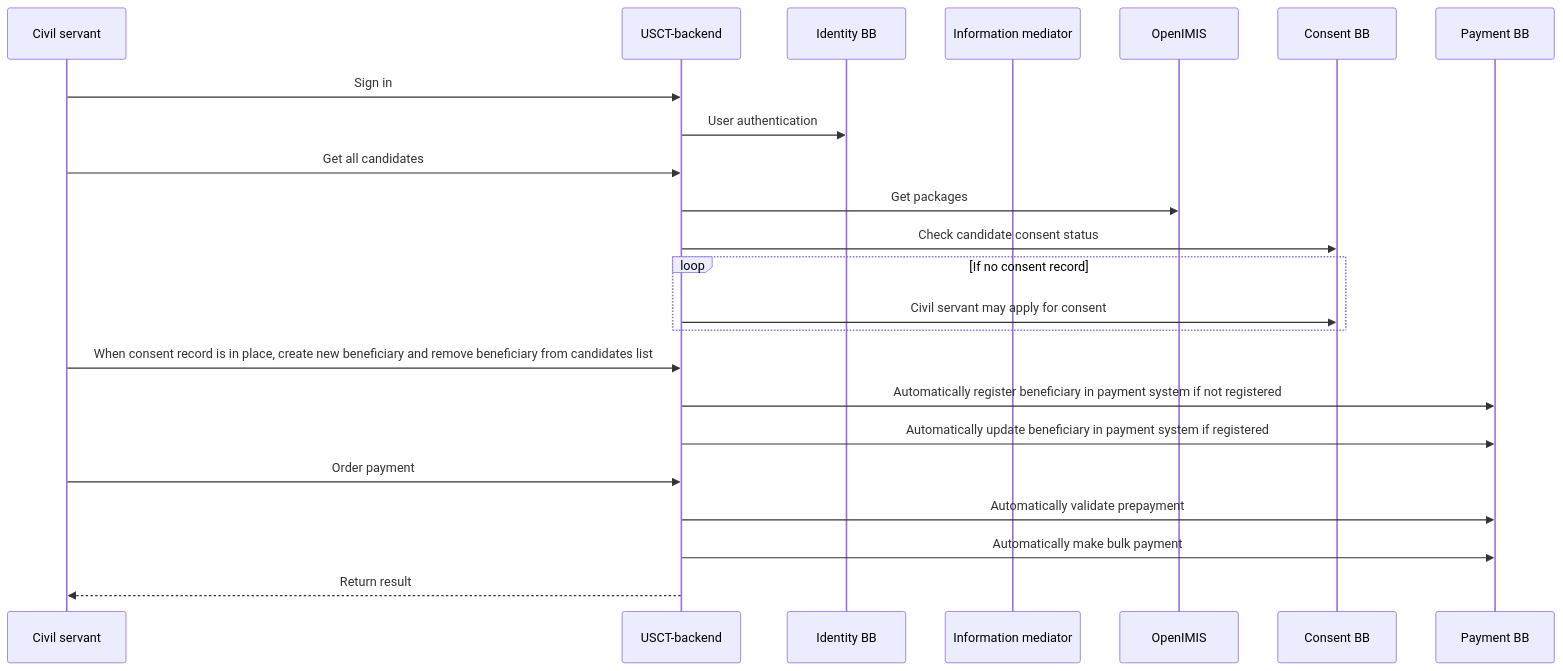
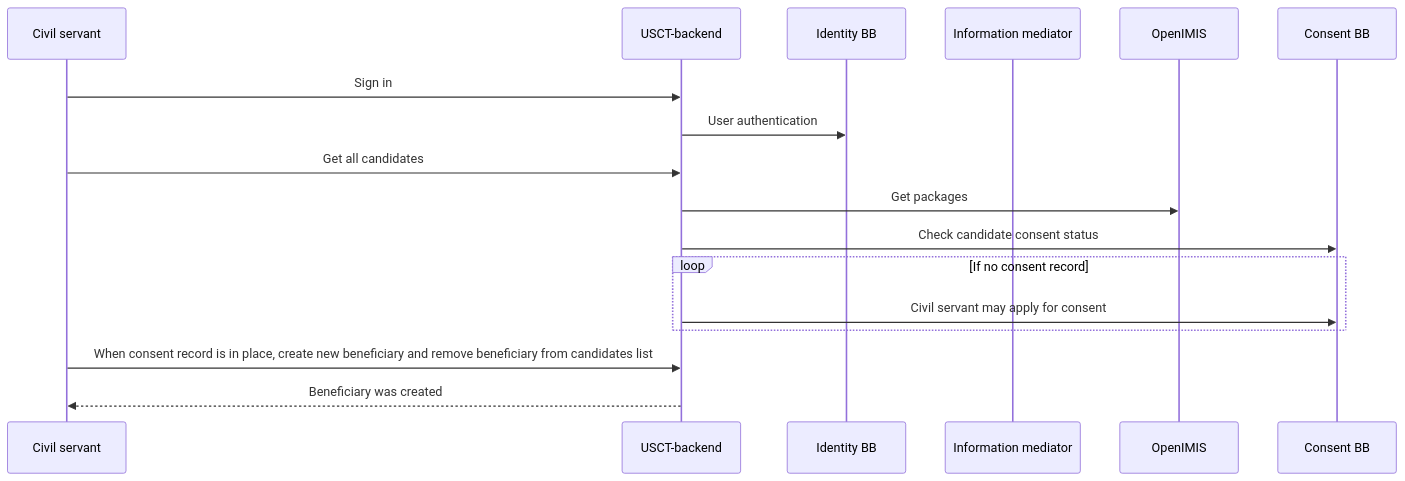
One commit to GovStackWorkingGroup/sandbox-usecase-usct-backend changed the first of 2 diagrams in docs/main.md. Above: the diagram before and after it, drawn with Mermaid. The commit also changed other lines of this file and 11 other files, not shown here.

First line of the commit message:
Snd 675 connect usct backend to a new version of mifos (#53)

````diff
--- a/docs/main.md
+++ b/docs/main.md
@@ -13,20 +15,17 @@
 ```mermaid
 sequenceDiagram
     Civil servant ->> USCT-backend: Sign in
     USCT-backend ->> Identity BB: User authentication
     participant im as Information mediator
 
     Civil servant ->> USCT-backend: Get all candidates
     USCT-backend ->> OpenIMIS: Get packages
     USCT-backend ->> Consent BB: Check candidate consent status
     loop If no consent record
       USCT-backend ->>Consent BB: Civil servant may apply for consent
     end
   Civil servant ->> USCT-backend: When consent record is in place, create new beneficiary and remove beneficiary from candidates list
-    USCT-backend ->> Payment BB: Automatically register beneficiary in payment system if not registered
-    USCT-backend ->> Payment BB: Automatically update beneficiary in payment system if registered
-    Civil servant ->> USCT-backend: Order payment
-    USCT-backend ->> Payment BB: Automatically validate prepayment
-    USCT-backend ->> Payment BB: Automatically make bulk payment
-    USCT-backend -->> Civil servant: Return result
+  USCT-backend -->> Civil servant: Beneficiary was created
+
+
 ```
````
